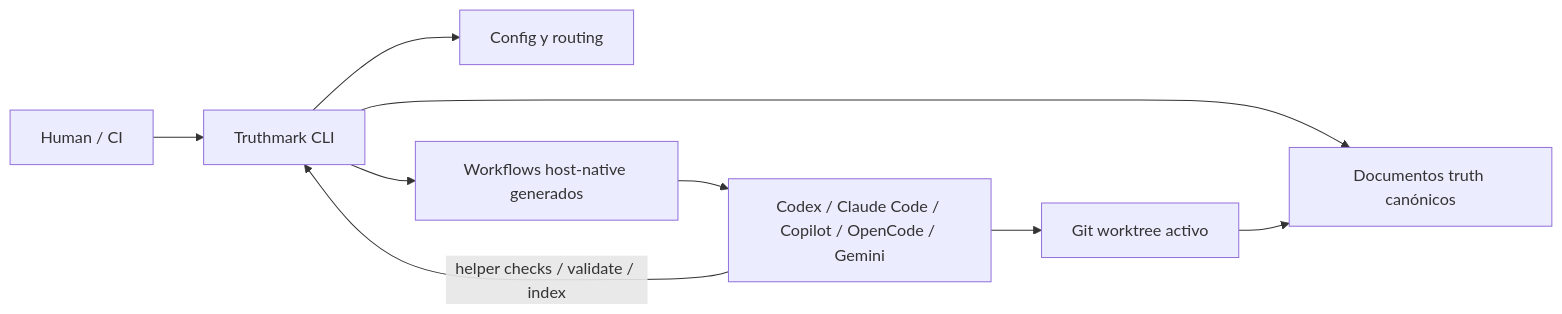
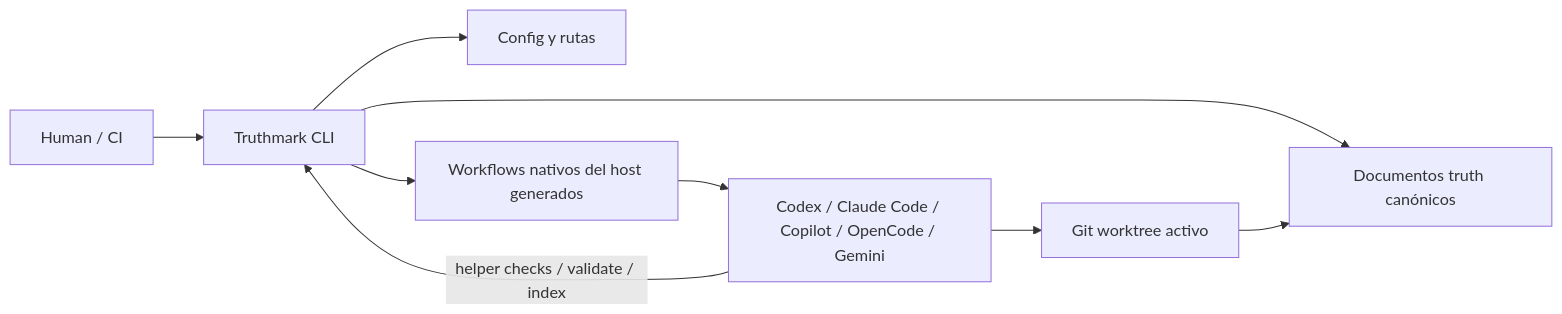
The diagram in README.es.md (merlinhu1/truthmark), drawn with Mermaid before and after one commit. The commit also changed other lines of this file and 6 other files, not shown here.

````diff
--- a/README.es.md
+++ b/README.es.md
@@ -280,11 +280,11 @@
 ```mermaid
 flowchart LR
   Human["Human / CI"] --> CLI["Truthmark CLI"]
-  CLI --> Config["Config y routing"]
+  CLI --> Config["Config y rutas"]
   CLI --> Truth["Documentos truth canónicos"]
-  CLI --> Surfaces["Workflows host-native generados"]
+  CLI --> Surfaces["Workflows nativos del host generados"]
   Surfaces --> Hosts["Codex / Claude Code / Copilot / OpenCode / Gemini"]
   Hosts --> Worktree["Git worktree activo"]
   Hosts -->|"helper checks / validate / index"| CLI
   Worktree --> Truth
 ```
````
